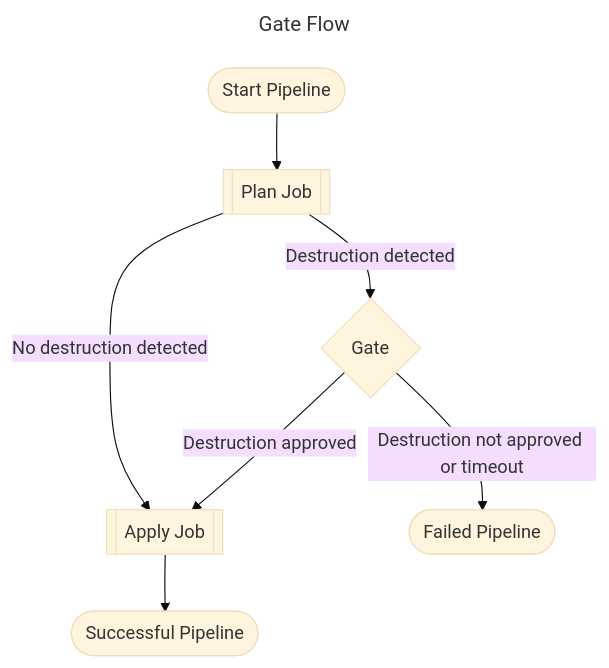
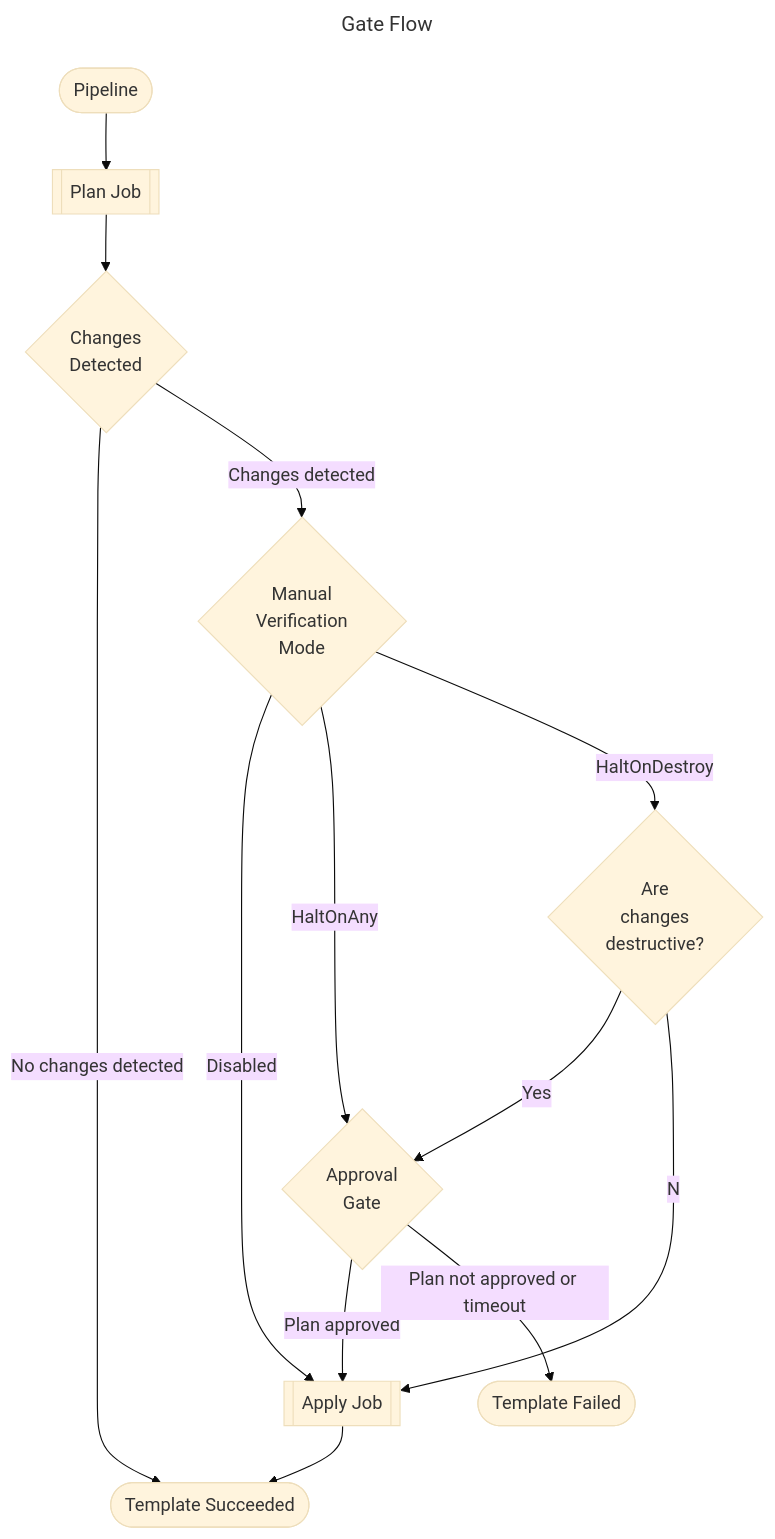
One commit to UKHO/devops-gated-infrastructure-deploy changed the diagram in docs/how-does-this-template-work.md. Above: the diagram before and after it, drawn with Mermaid (base theme). The commit also changed other lines of this file, not shown here.

Commit message:
Update how the template works

````diff
--- a/docs/how-does-this-template-work.md
+++ b/docs/how-does-this-template-work.md
@@ -13,14 +13,28 @@
 ```mermaid
 ---
 title: Gate Flow
 ---
 flowchart TD
-    start([Start Pipeline])-->plan
-    plan[[Plan Job]]--Destruction detected-->gate
-    plan--No destruction detected-->apply
-    gate{Gate}--Destruction approved-->apply
-    gate--Destruction not approved or timeout-->failed
-    apply[[Apply Job]]-->succeeded
-    succeeded([Successful Pipeline])
-    failed([Failed Pipeline])
+    pipeline([Pipeline])
+    plan[[Plan Job]]
+    changes{Changes<br>Detected}
+    mode{Manual<br>Verification<br>Mode}
+    gate{Approval<br>Gate}
+    destroy{Are<br>changes<br>destructive?}
+    apply[[Apply Job]]
+    succeeded([Template Succeeded])
+    failed([Template Failed])
+
+    pipeline-->plan
+    plan-->changes
+    changes--No changes detected-->succeeded
+    changes--Changes detected-->mode
+    mode--Disabled-->apply
+    mode--HaltOnAny-->gate
+    mode--HaltOnDestroy-->destroy
+    destroy--Yes-->gate
+    destroy--No-->apply
+    gate--Plan approved-->apply
+    gate--Plan not approved or timeout-->failed
+    apply-->succeeded
 ```
````
